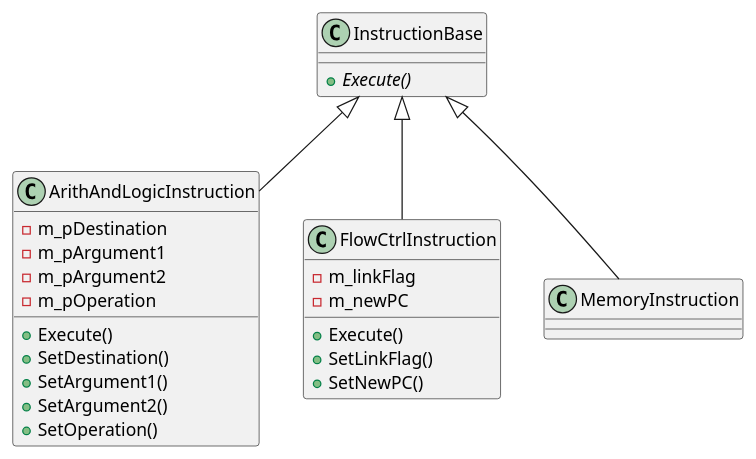
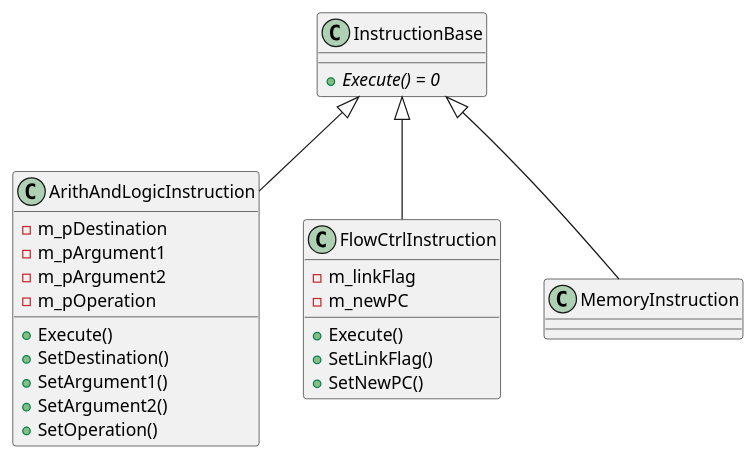
Before and after one commit to KaravolisL/ARM-ISA-Simulator: the third of 3 diagrams in docs/Instruction_Execution.md, drawn with PlantUML. The commit also changed other lines of this file and 6 other files, not shown here.

````diff
--- a/docs/Instruction_Execution.md
+++ b/docs/Instruction_Execution.md
@@ -42,41 +89,41 @@
 ```plantuml
 @startuml
 
 class InstructionBase
 {
-    {abstract} + Execute()
+    {abstract} + Execute() = 0
 }
 
 class ArithAndLogicInstruction
 {
     - m_pDestination
     - m_pArgument1
     - m_pArgument2
     - m_pOperation
     + Execute()
     + SetDestination()
     + SetArgument1()
     + SetArgument2()
     + SetOperation()
 }
 
 class FlowCtrlInstruction
 {
     - m_linkFlag
     - m_newPC
     + Execute()
     + SetLinkFlag()
     + SetNewPC()
 }
 
 class MemoryInstruction
 {
 
 }
 
 InstructionBase <|-- ArithAndLogicInstruction
 InstructionBase <|-- FlowCtrlInstruction
 InstructionBase <|-- MemoryInstruction
 
 @enduml
 ```
````
